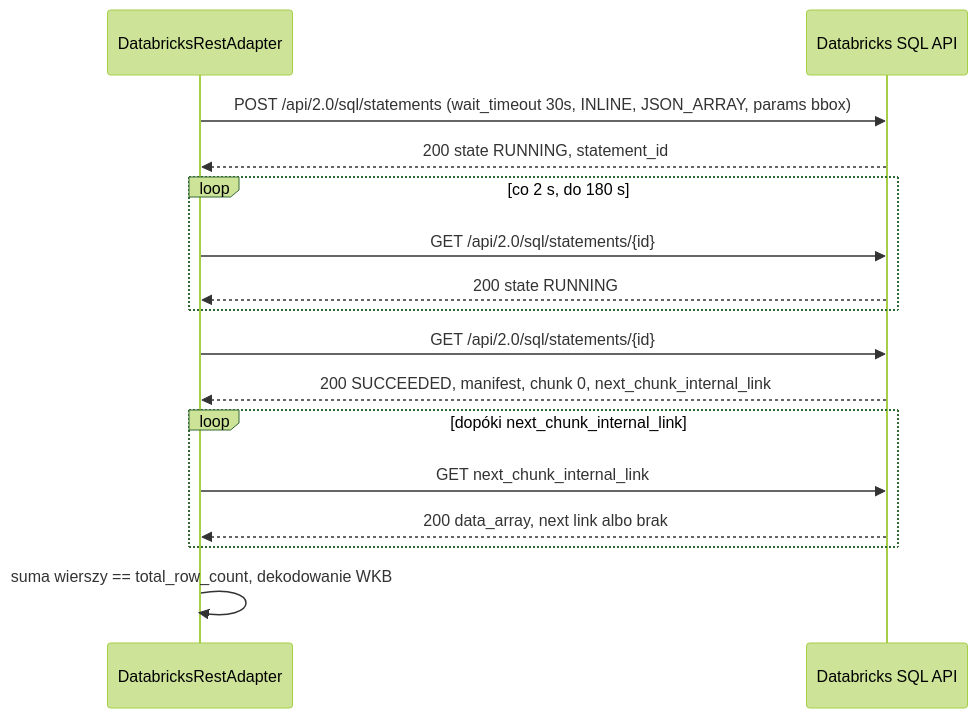
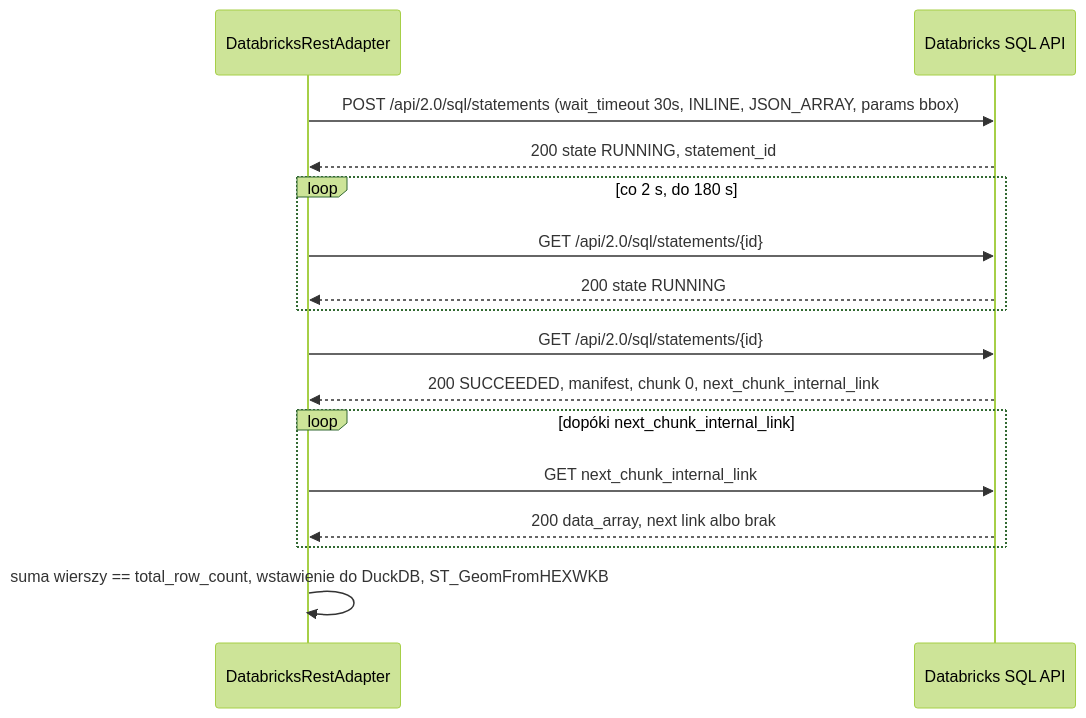
Before and after one commit to kamil02112026/jsystems-claude-codex-gis-2026-11_KL: the third of 4 diagrams in docs/ADR/001-data-sources.md, drawn with Mermaid (forest theme). The commit also changed other lines of this file and 3 other files, not shown here.

````diff
--- a/docs/ADR/001-data-sources.md
+++ b/docs/ADR/001-data-sources.md
@@ -265,18 +265,18 @@
 ```mermaid
 sequenceDiagram
   participant A as DatabricksRestAdapter
   participant D as Databricks SQL API
   A->>D: POST /api/2.0/sql/statements (wait_timeout 30s, INLINE, JSON_ARRAY, params bbox)
   D-->>A: 200 state RUNNING, statement_id
   loop co 2 s, do 180 s
     A->>D: GET /api/2.0/sql/statements/{id}
     D-->>A: 200 state RUNNING
   end
   A->>D: GET /api/2.0/sql/statements/{id}
   D-->>A: 200 SUCCEEDED, manifest, chunk 0, next_chunk_internal_link
   loop dopóki next_chunk_internal_link
     A->>D: GET next_chunk_internal_link
     D-->>A: 200 data_array, next link albo brak
   end
-  A->>A: suma wierszy == total_row_count, dekodowanie WKB
+  A->>A: suma wierszy == total_row_count, wstawienie do DuckDB, ST_GeomFromHEXWKB
 ```
````
